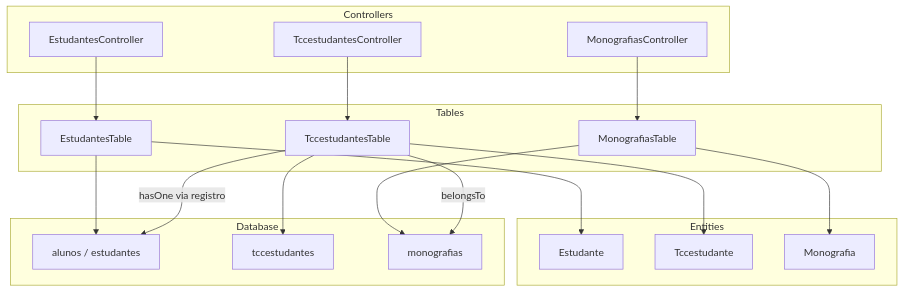
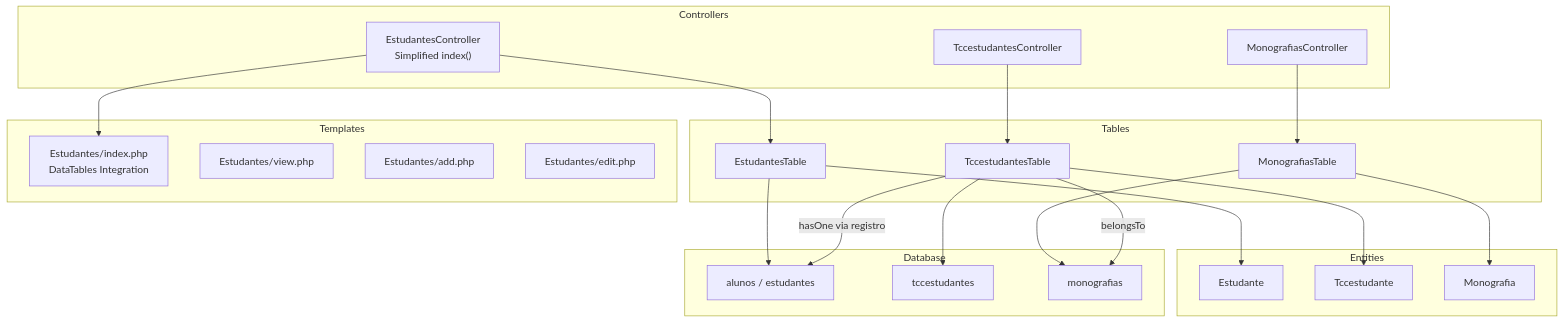
The first of 9 diagrams in .qoder/repowiki/en/content/Student Management.md (luiseduacosta/tcc4), drawn with Mermaid before and after one commit. The commit also changed other lines of this file and 5 other files, not shown here.

````diff
--- a/.qoder/repowiki/en/content/Student Management.md
+++ b/.qoder/repowiki/en/content/Student Management.md
@@ -48,34 +50,41 @@
 ```mermaid
 graph TB
 subgraph "Controllers"
-EC["EstudantesController"]
+EC["EstudantesController<br/>Simplified index()"]
 TC["TccestudantesController"]
 MC["MonografiasController"]
 end
 subgraph "Tables"
 ET["EstudantesTable"]
 TT["TccestudantesTable"]
 MT["MonografiasTable"]
 end
 subgraph "Entities"
 E["Estudante"]
 T["Tccestudante"]
 M["Monografia"]
 end
+subgraph "Templates"
+TI["Estudantes/index.php<br/>DataTables Integration"]
+TV["Estudantes/view.php"]
+TA["Estudantes/add.php"]
+TE["Estudantes/edit.php"]
+end
 subgraph "Database"
 DB_ALUNOS["alunos / estudantes"]
 DB_TCC["tccestudantes"]
 DB_MONO["monografias"]
 end
 EC --> ET
 TC --> TT
 MC --> MT
 ET --> E
 TT --> T
 MT --> M
+EC --> TI
 ET --> DB_ALUNOS
 TT --> DB_TCC
 MT --> DB_MONO
 TT --> |belongsTo| DB_MONO
 TT --> |hasOne via registro| DB_ALUNOS
 ```
````
